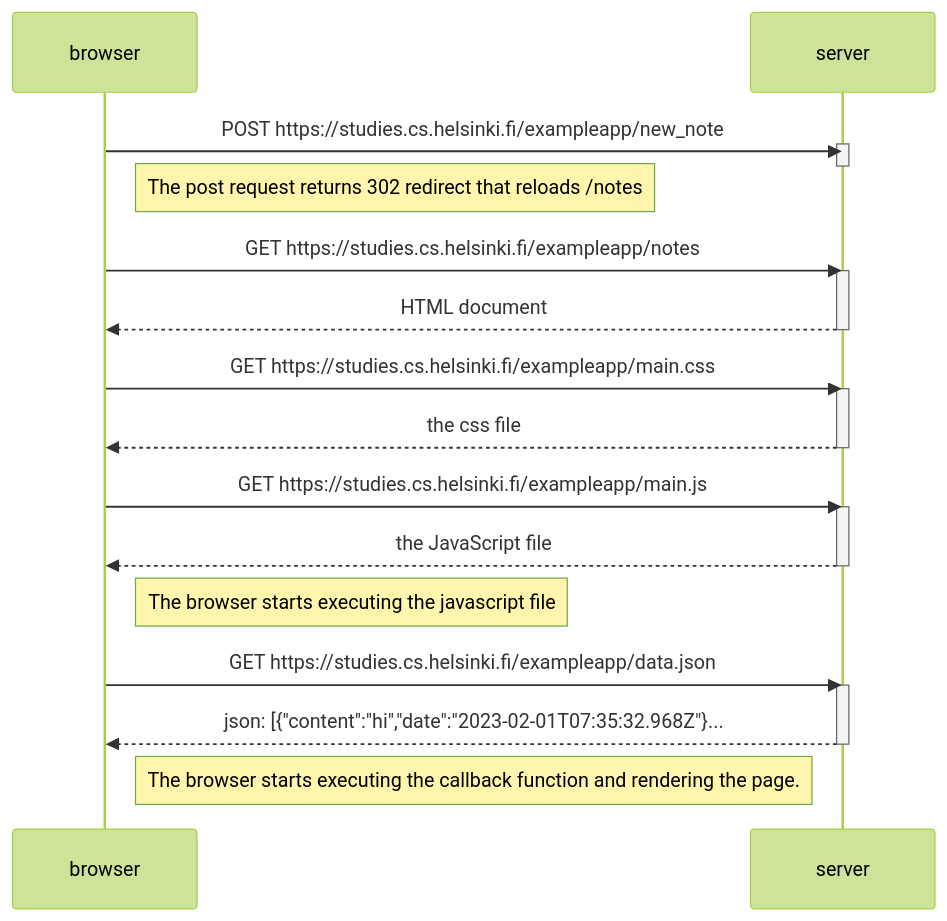
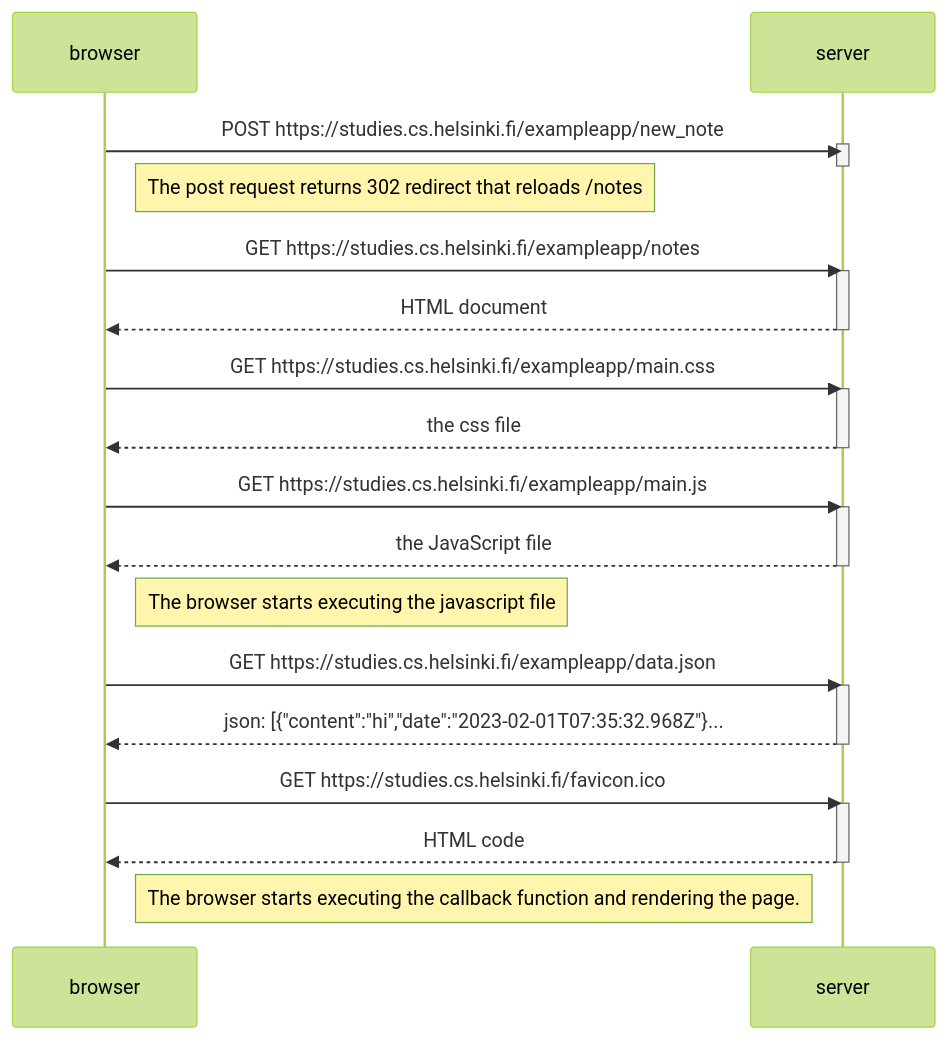
The diagram in osa0/0.4.md (Hontunen/palautusrepositorio), drawn with Mermaid (forest theme) before and after one commit.

Commit message:
Korjattiin kirjoitusvirhe

````diff
--- a/osa0/0.4.md
+++ b/osa0/0.4.md
@@ -1,41 +1,47 @@
 ```mermaid
 
 sequenceDiagram
     participant browser
     participant server
     
     browser->>server: POST https://studies.cs.helsinki.fi/exampleapp/new_note
     activate server
     deactivate server
 
     Note right of browser: The post request returns 302 redirect that reloads /notes
     
     browser->>server: GET https://studies.cs.helsinki.fi/exampleapp/notes
     activate server
     server-->>browser: HTML document
     deactivate server
     
     browser->>server: GET https://studies.cs.helsinki.fi/exampleapp/main.css
     activate server
     server-->>browser: the css file
     deactivate server
     
     
     browser->>server:  GET https://studies.cs.helsinki.fi/exampleapp/main.js
     activate server
     server-->>browser:  the JavaScript file
     deactivate server 
        
     Note right of browser: The browser starts executing the javascript file 
 
     
     browser->>server:  GET https://studies.cs.helsinki.fi/exampleapp/data.json
     activate server
     server-->>browser:  json: [{"content":"hi","date":"2023-02-01T07:35:32.968Z"}...
     deactivate server   
     
+    browser ->>server: GET  https://studies.cs.helsinki.fi/favicon.ico
+    activate server
+    server -->>browser: HTML code
+    deactivate server
+
+    
     Note right of browser: The browser starts executing the callback function and rendering the page. 
 
 
 
 ```
````
